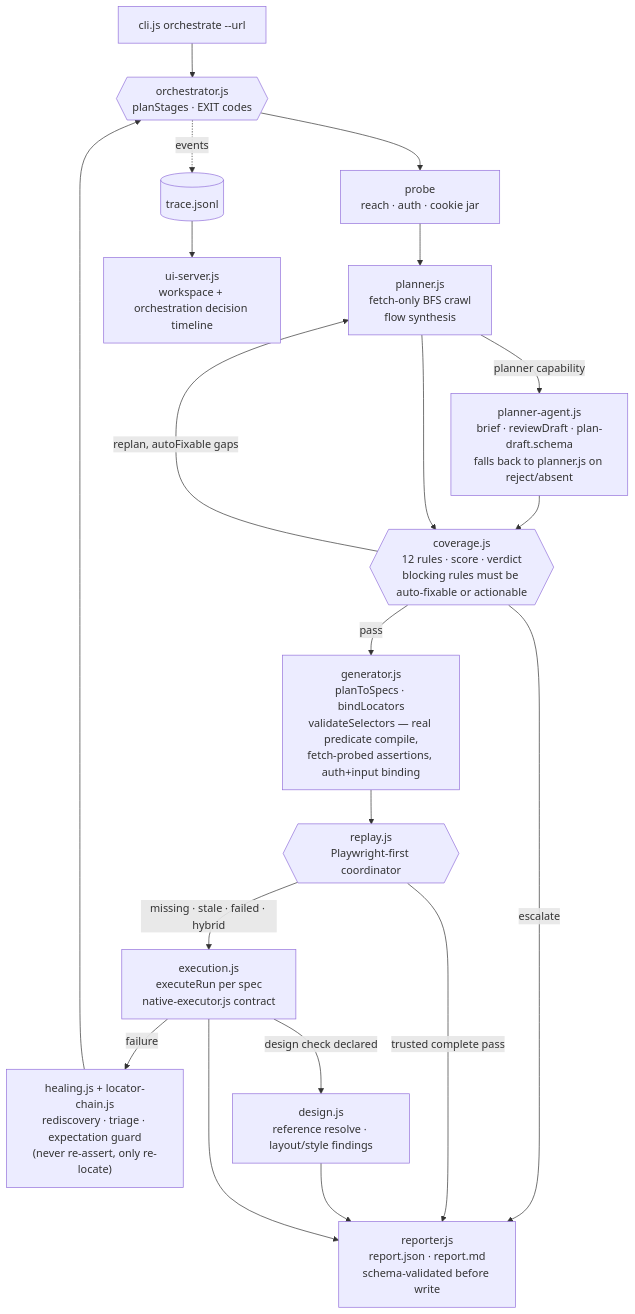
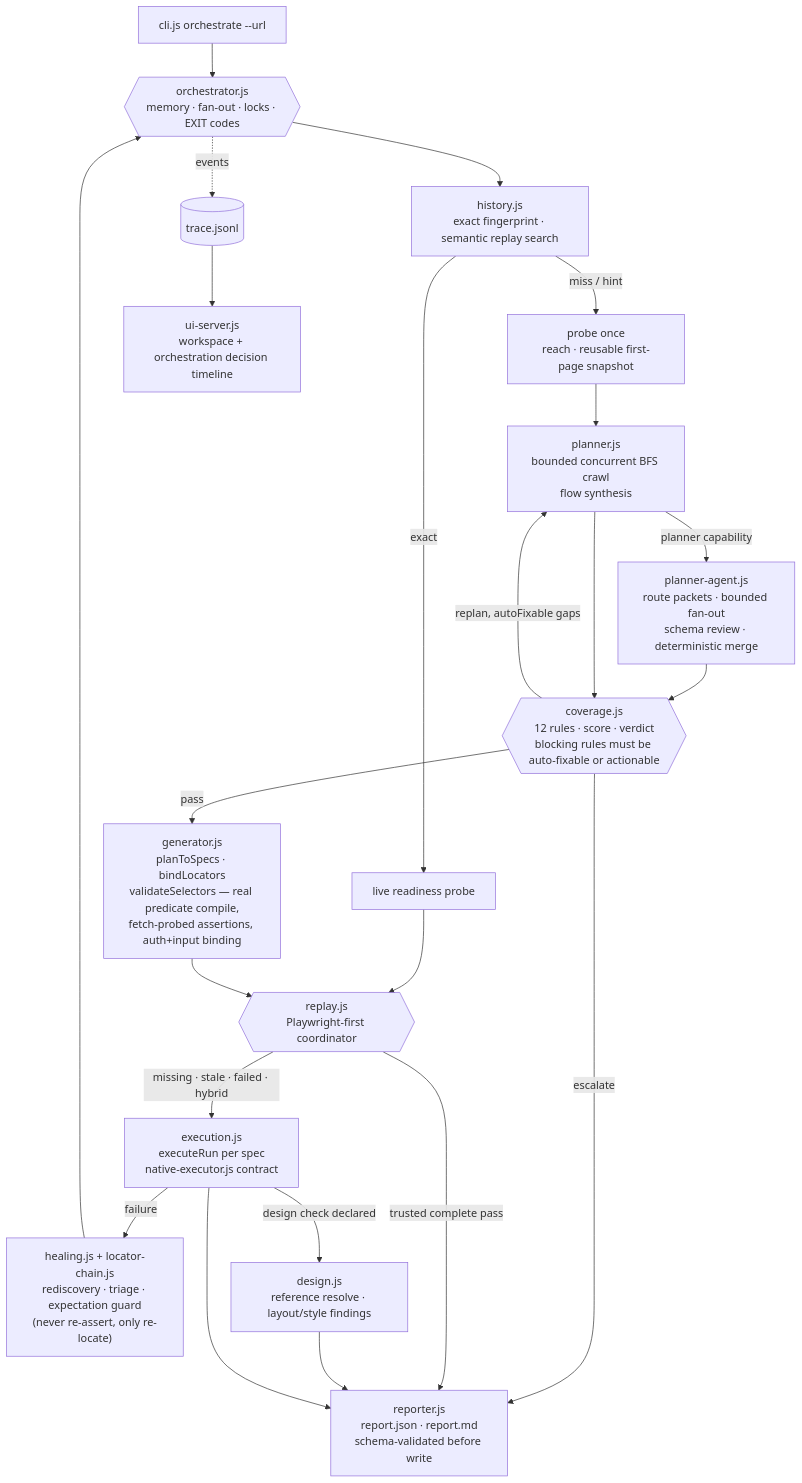
One commit to sudip-mondal-2002/Automated-QA changed the diagram in docs/architecture.md. Above: the diagram before and after it, drawn with Mermaid. The commit also changed other lines of this file and 402 other files, not shown here.

````diff
--- a/docs/architecture.md
+++ b/docs/architecture.md
@@ -3,22 +14,25 @@
 ```mermaid
 flowchart TB
-  CLI["cli.js orchestrate --url"] --> ORC{{"orchestrator.js<br/>planStages · EXIT codes"}}
-  ORC --> PROBE["probe<br/>reach · auth · cookie jar"]
-  PROBE --> PLAN["planner.js<br/>fetch-only BFS crawl<br/>flow synthesis"]
-  PLAN -->|"planner capability"| PAGENT["planner-agent.js<br/>brief · reviewDraft · plan-draft.schema<br/>falls back to planner.js on reject/absent"]
+  CLI["cli.js orchestrate --url"] --> ORC{{"orchestrator.js<br/>memory · fan-out · locks · EXIT codes"}}
+  ORC --> MEM["history.js<br/>exact fingerprint · semantic replay search"]
+  MEM -->|"exact"| EPROBE["live readiness probe"]
+  EPROBE --> COORD
+  MEM -->|"miss / hint"| PROBE["probe once<br/>reach · reusable first-page snapshot"]
+  PROBE --> PLAN["planner.js<br/>bounded concurrent BFS crawl<br/>flow synthesis"]
+  PLAN -->|"planner capability"| PAGENT["planner-agent.js<br/>route packets · bounded fan-out<br/>schema review · deterministic merge"]
   PAGENT --> GATE
   PLAN --> GATE{{"coverage.js<br/>12 rules · score · verdict<br/>blocking rules must be auto-fixable or actionable"}}
   GATE -->|replan, autoFixable gaps| PLAN
   GATE -->|escalate| REP
   GATE -->|pass| GEN["generator.js<br/>planToSpecs · bindLocators<br/>validateSelectors — real predicate compile,<br/>fetch-probed assertions, auth+input binding"]
   GEN --> COORD{{"replay.js<br/>Playwright-first coordinator"}}
   COORD -->|trusted complete pass| REP
   COORD -->|missing · stale · failed · hybrid| RUN["execution.js<br/>executeRun per spec<br/>native-executor.js contract"]
   RUN -->|failure| HEAL["healing.js + locator-chain.js<br/>rediscovery · triage · expectation guard<br/>(never re-assert, only re-locate)"]
   HEAL --> ORC
   RUN -->|design check declared| DESIGN["design.js<br/>reference resolve · layout/style findings"]
   DESIGN --> REP
   RUN --> REP["reporter.js<br/>report.json · report.md<br/>schema-validated before write"]
   ORC -.->|events| TR[("trace.jsonl")]
   TR --> UI["ui-server.js<br/>workspace + orchestration decision timeline"]
 ```
````
